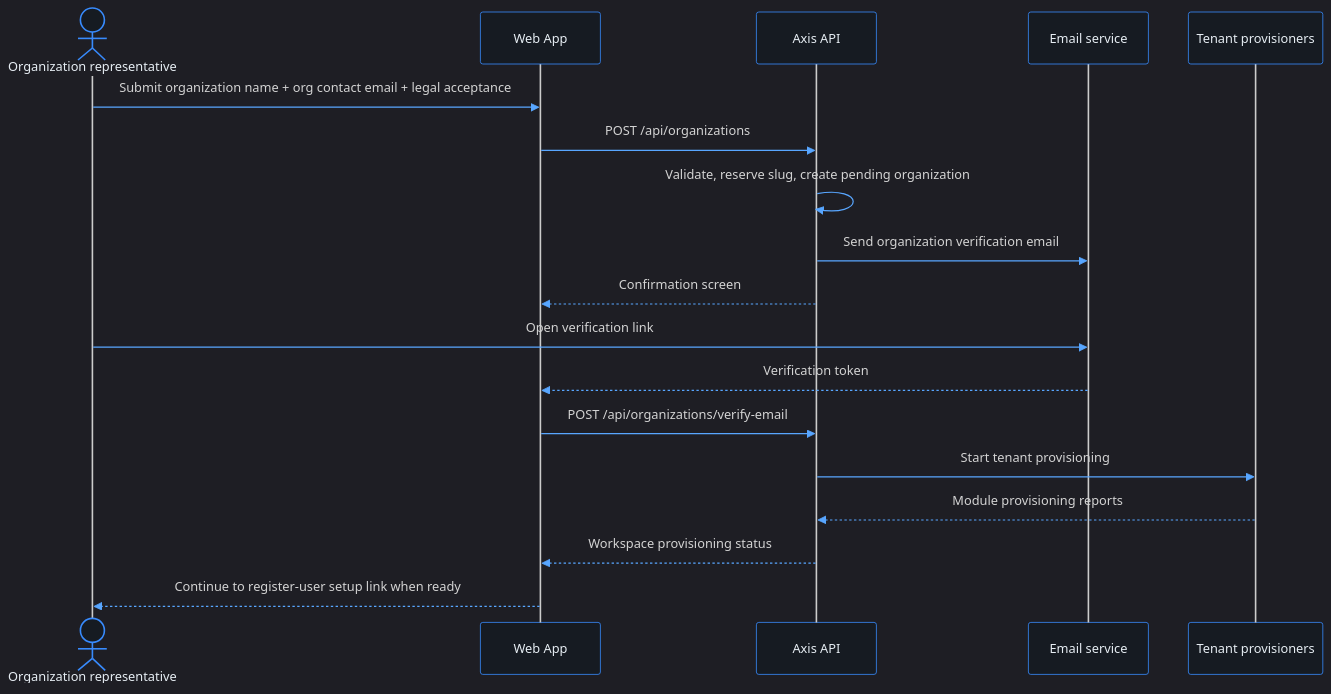
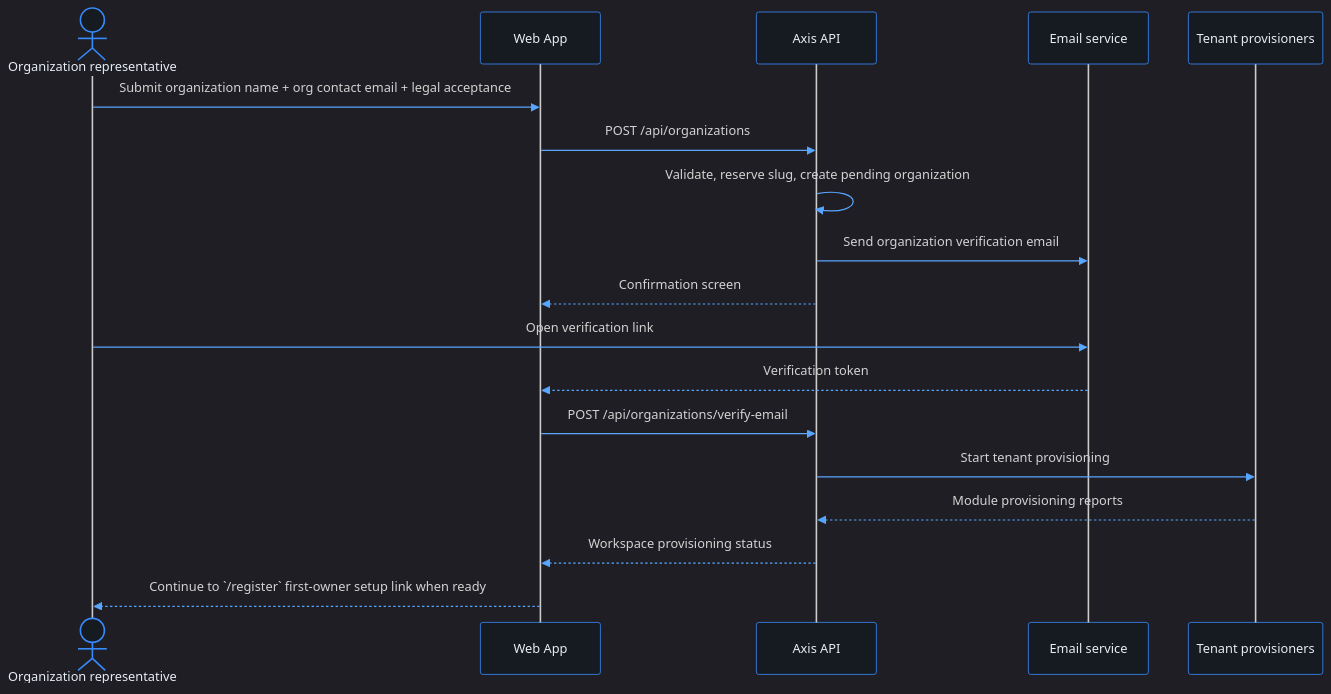
One commit to phuongnse/axis changed the second of 3 diagrams in docs/use-cases/platform-foundation/register-org/README.md. Above: the diagram before and after it, drawn with Mermaid. The commit also changed other lines of this file and 10 other files, not shown here.

````diff
--- a/docs/use-cases/platform-foundation/register-org/README.md
+++ b/docs/use-cases/platform-foundation/register-org/README.md
@@ -155,22 +161,22 @@
 ```mermaid
 %%{init: {'theme':'dark','themeVariables':{'background':'#0d1117','mainBkg':'#0d1117','primaryColor':'#161b22','primaryBorderColor':'#388bfd','primaryTextColor':'#e6edf3','secondaryColor':'#21262d','secondaryBorderColor':'#388bfd','secondaryTextColor':'#e6edf3','tertiaryColor':'#161b22','tertiaryTextColor':'#e6edf3','lineColor':'#58a6ff','textColor':'#e6edf3','nodeBorder':'#388bfd','clusterBkg':'#161b22','clusterBorder':'#388bfd','titleColor':'#e6edf3','edgeLabelBackground':'#161b22','actorBkg':'#161b22','actorBorder':'#388bfd','actorTextColor':'#e6edf3','signalColor':'#58a6ff','labelBoxBkgColor':'#161b22','labelBoxBorderColor':'#388bfd','noteBkgColor':'#161b22','noteBorderColor':'#388bfd','noteTextColor':'#c9d1d9','activationBkgColor':'#30363d'}}}%%
 sequenceDiagram
   actor Rep as Organization representative
   participant Web as Web App
   participant API as Axis API
   participant Email as Email service
   participant Provisioning as Tenant provisioners
 
   Rep->>Web: Submit organization name + org contact email + legal acceptance
   Web->>API: POST /api/organizations
   API->>API: Validate, reserve slug, create pending organization
   API->>Email: Send organization verification email
   API-->>Web: Confirmation screen
   Rep->>Email: Open verification link
   Email-->>Web: Verification token
   Web->>API: POST /api/organizations/verify-email
   API->>Provisioning: Start tenant provisioning
   Provisioning-->>API: Module provisioning reports
   API-->>Web: Workspace provisioning status
-  Web-->>Rep: Continue to register-user setup link when ready
+  Web-->>Rep: Continue to `/register` first-owner setup link when ready
 ```
````
